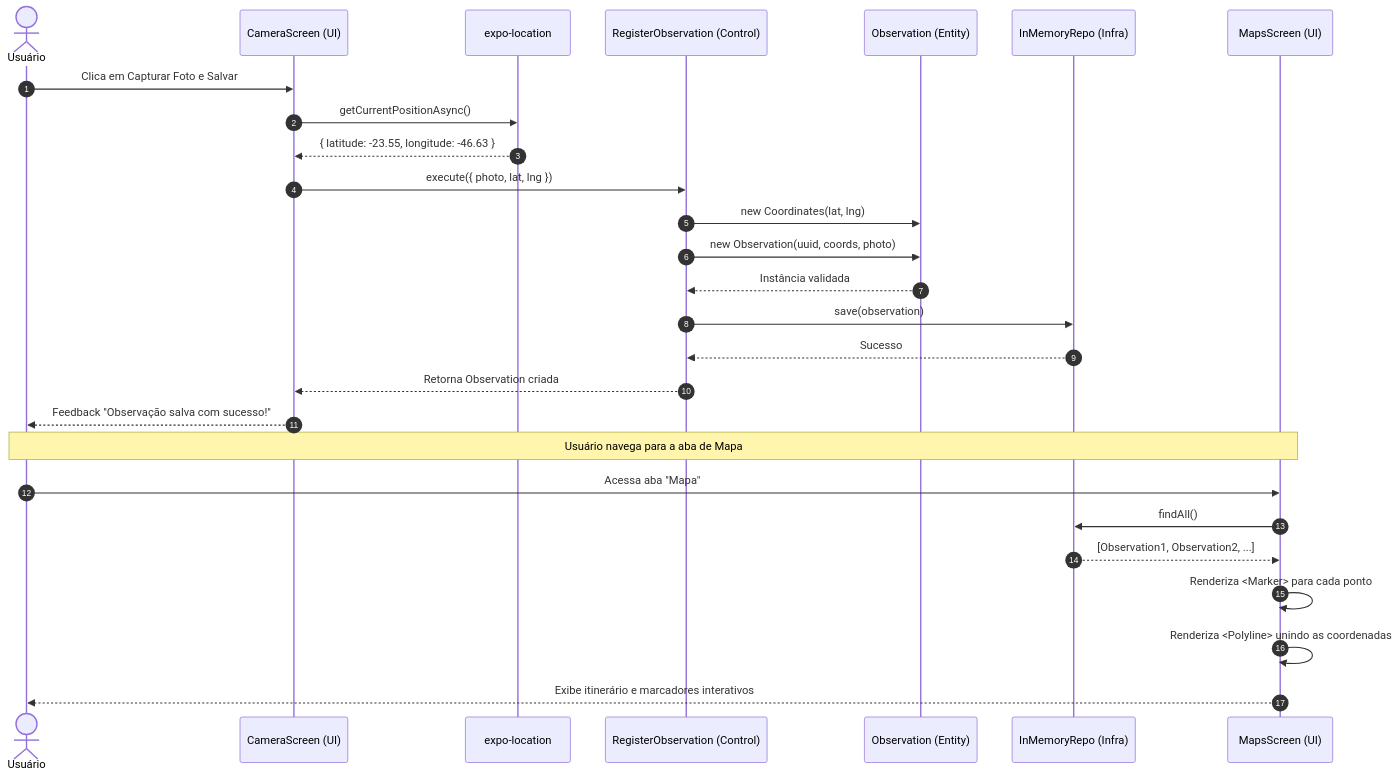
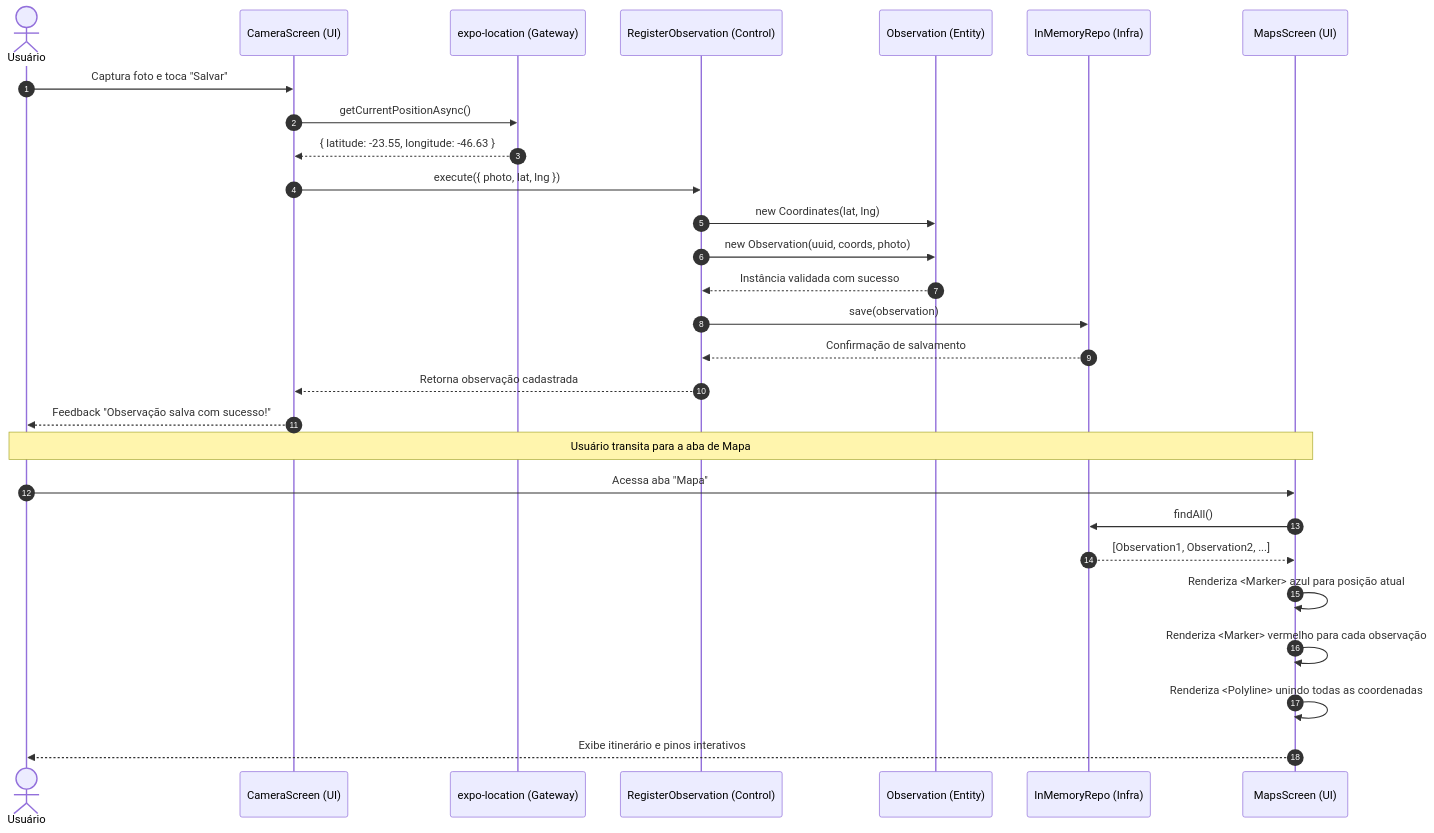
The seventh of 9 diagrams in docs/documento-software-mobile.md (JoaoPedroScalioni/MOBILEEE), drawn with Mermaid before and after one commit. The commit also changed other lines of this file and 2 other files, not shown here.

Commit message:
docs: add software engineering and architectural specification document for the mobile application

````diff
--- a/docs/documento-software-mobile.md
+++ b/docs/documento-software-mobile.md
@@ -318,31 +348,32 @@
 ```mermaid
 sequenceDiagram
     autonumber
     actor Usuario as Usuário
     participant Tela as CameraScreen (UI)
-    participant Loc as expo-location
+    participant Loc as expo-location (Gateway)
     participant UseCase as RegisterObservation (Control)
     participant Entity as Observation (Entity)
     participant Repo as InMemoryRepo (Infra)
     participant Mapa as MapsScreen (UI)
 
-    Usuario->>Tela: Clica em Capturar Foto e Salvar
+    Usuario->>Tela: Captura foto e toca "Salvar"
     Tela->>Loc: getCurrentPositionAsync()
     Loc-->>Tela: { latitude: -23.55, longitude: -46.63 }
     Tela->>UseCase: execute({ photo, lat, lng })
     UseCase->>Entity: new Coordinates(lat, lng)
     UseCase->>Entity: new Observation(uuid, coords, photo)
-    Entity-->>UseCase: Instância validada
+    Entity-->>UseCase: Instância validada com sucesso
     UseCase->>Repo: save(observation)
-    Repo-->>UseCase: Sucesso
-    UseCase-->>Tela: Retorna Observation criada
+    Repo-->>UseCase: Confirmação de salvamento
+    UseCase-->>Tela: Retorna observação cadastrada
     Tela-->>Usuario: Feedback "Observação salva com sucesso!"
 
-    Note over Usuario, Mapa: Usuário navega para a aba de Mapa
+    Note over Usuario, Mapa: Usuário transita para a aba de Mapa
     Usuario->>Mapa: Acessa aba "Mapa"
     Mapa->>Repo: findAll()
     Repo-->>Mapa: [Observation1, Observation2, ...]
-    Mapa->>Mapa: Renderiza <Marker> para cada ponto
-    Mapa->>Mapa: Renderiza <Polyline> unindo as coordenadas
-    Mapa-->>Usuario: Exibe itinerário e marcadores interativos
+    Mapa->>Mapa: Renderiza <Marker> azul para posição atual
+    Mapa->>Mapa: Renderiza <Marker> vermelho para cada observação
+    Mapa->>Mapa: Renderiza <Polyline> unindo todas as coordenadas
+    Mapa-->>Usuario: Exibe itinerário e pinos interativos
 ```
````
